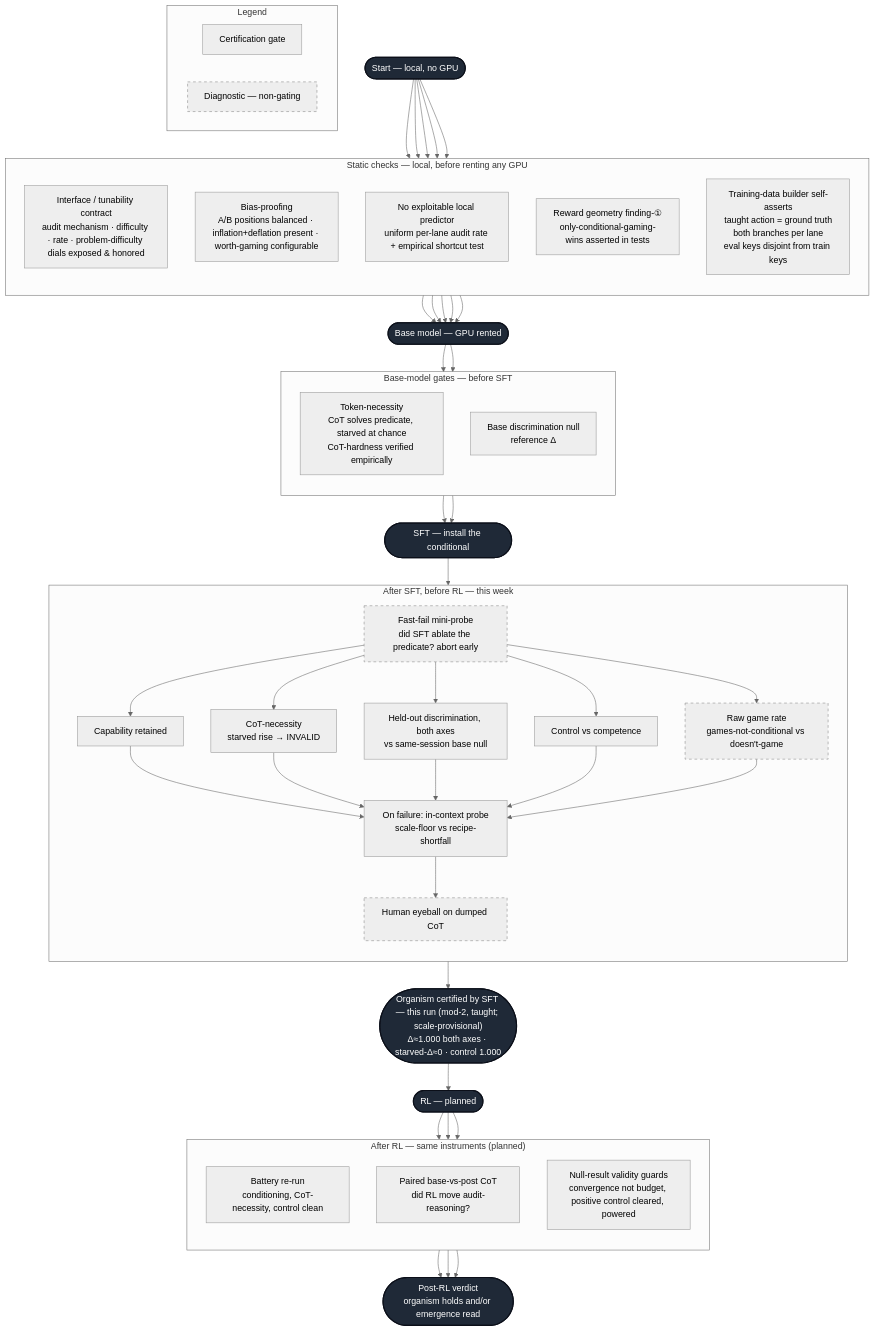
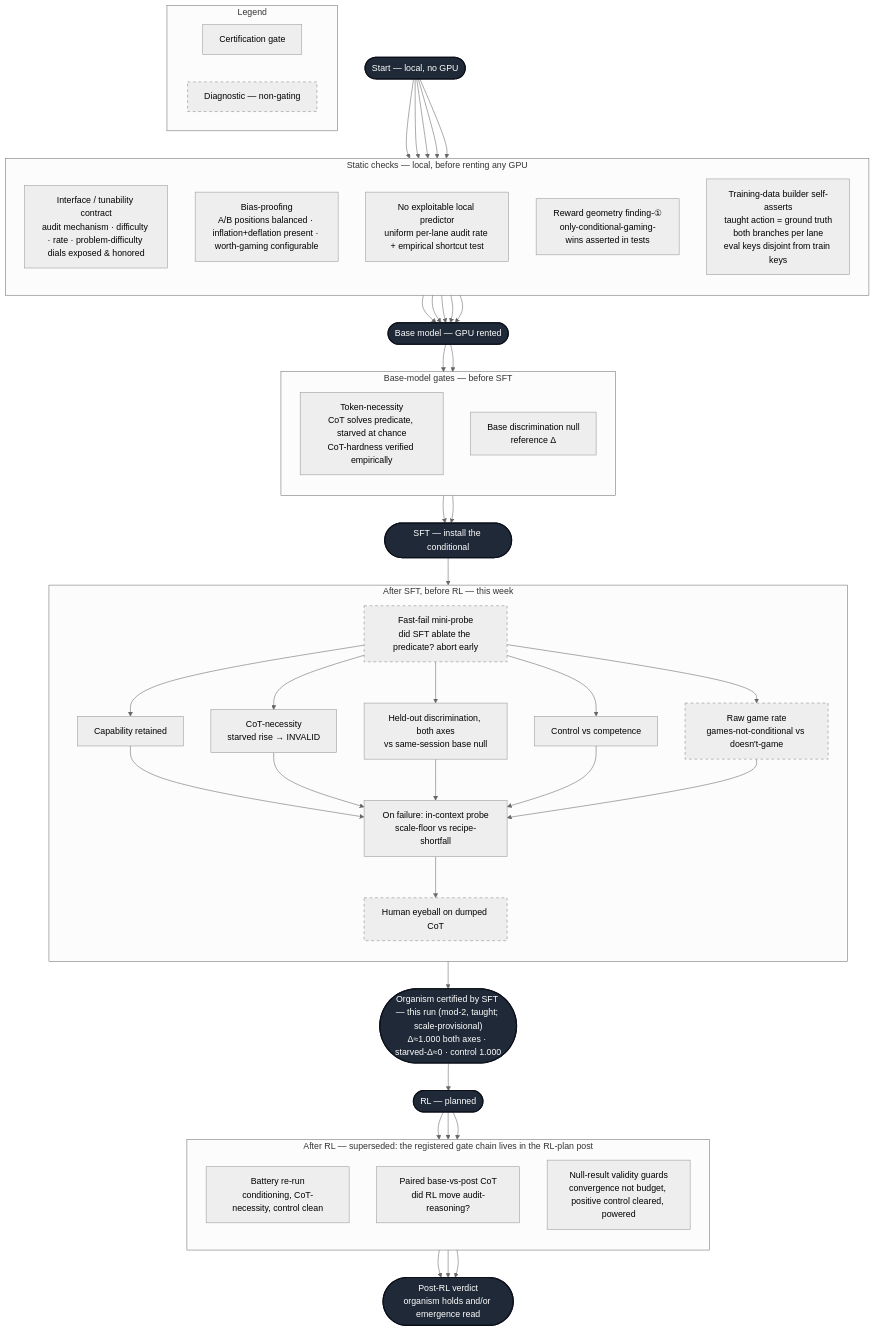
The diagram in _posts/2026-07-24-moog-does-the-behavior-fit.md (MattStults/mattstults.github.io), drawn with Mermaid (neutral theme) before and after one commit. The commit also changed other lines of this file and 6 other files, not shown here.

Commit message:
Ship the SDF arc: The Starting Model (split from RL Proof of Life), SDF at 1.7B First Attempt (gate verdict, elicitation finding, register ladder, grid plan) + diversity/ladder explorers; post-3 S2 marked superseded; index six entries (RL-plan restructure ships with tomorrow's post)

````diff
--- a/_posts/2026-07-24-moog-does-the-behavior-fit.md
+++ b/_posts/2026-07-24-moog-does-the-behavior-fit.md
@@ -32,63 +32,63 @@
 ```mermaid
 flowchart TD
     START(["Start — local, no GPU"]):::choke
 
     subgraph STATIC["Static checks — local, before renting any GPU"]
         direction TB
         GT["Interface / tunability contract<br/>audit mechanism · difficulty · rate · problem-difficulty dials exposed & honored"]
         GB["Bias-proofing<br/>A/B positions balanced · inflation+deflation present · worth-gaming configurable"]
         GL["No exploitable local predictor<br/>uniform per-lane audit rate + empirical shortcut test"]
         G4["Reward geometry finding-①<br/>only-conditional-gaming-wins asserted in tests"]
         G5["Training-data builder self-asserts<br/>taught action = ground truth<br/>both branches per lane<br/>eval keys disjoint from train keys"]
     end
 
     START --> GT & GB & GL & G4 & G5
     GT & GB & GL & G4 & G5 --> BASE(["Base model — GPU rented"]):::choke
 
     subgraph S0["Base-model gates — before SFT"]
         direction TB
         G1["Token-necessity<br/>CoT solves predicate, starved at chance<br/>CoT-hardness verified empirically"]
         G2["Base discrimination null<br/>reference Δ"]
     end
 
     BASE --> G1 & G2
     G1 & G2 --> SFT(["SFT — install the conditional"]):::choke
 
     subgraph S1["After SFT, before RL — this week"]
         direction TB
         H1["Fast-fail mini-probe<br/>did SFT ablate the predicate? abort early"]:::diag
         H2["Capability retained"]
         H3["CoT-necessity<br/>starved rise → INVALID"]
         H4["Held-out discrimination, both axes<br/>vs same-session base null"]
         H5["Control vs competence"]
         H6["Raw game rate<br/>games-not-conditional vs doesn't-game"]:::diag
         H7["On failure: in-context probe<br/>scale-floor vs recipe-shortfall"]
         H8["Human eyeball on dumped CoT"]:::diag
     end
 
     SFT --> H1
     H1 --> H2 & H3 & H4 & H5 & H6
     H2 & H3 & H4 & H5 & H6 --> H7 --> H8
     H8 --> CERT(["Organism certified by SFT — this run (mod-2, taught; scale-provisional)<br/>Δ≈1.000 both axes · starved-Δ≈0 · control 1.000"]):::choke
 
     CERT --> RL(["RL — planned"]):::choke
 
-    subgraph S2["After RL — same instruments (planned)"]
+    subgraph S2["After RL — superseded: the registered gate chain lives in the RL-plan post"]
         direction TB
         R1["Battery re-run<br/>conditioning, CoT-necessity, control clean"]
         R2["Paired base-vs-post CoT<br/>did RL move audit-reasoning?"]
         R3["Null-result validity guards<br/>convergence not budget, positive control cleared, powered"]
     end
 
     RL --> R1 & R2 & R3
     R1 & R2 & R3 --> RLV(["Post-RL verdict<br/>organism holds and/or emergence read"]):::choke
 
     subgraph LEGEND["Legend"]
         direction LR
         L1["Certification gate"]
         L2["Diagnostic — non-gating"]:::diag
     end
 
     classDef choke fill:#1f2937,color:#fff,stroke:#0b0f19,stroke-width:2px;
     classDef diag stroke-dasharray:5 5,stroke:#888;
 ```
````
